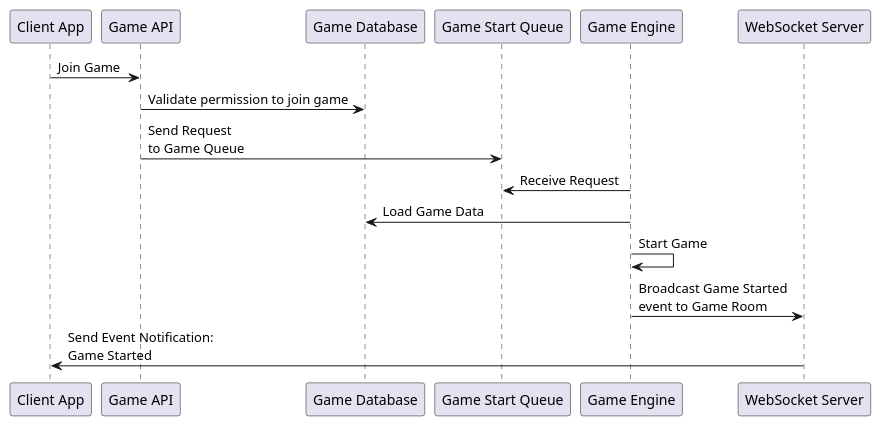
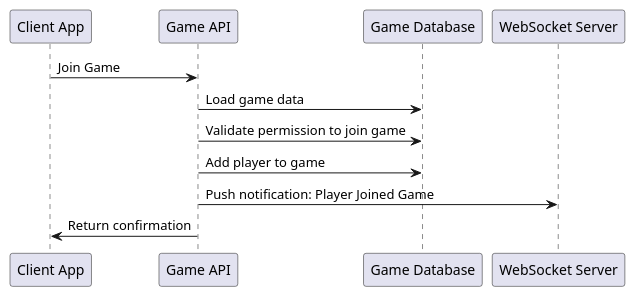
Before and after one commit to keyofdb/poker-game: the diagram in documentation/join-game.wsd, drawn with PlantUML. The commit also changed 2 other files, not shown here.

```diff
--- a/documentation/join-game.wsd
+++ b/documentation/join-game.wsd
@@ -1,16 +1,12 @@
 @startuml
 participant "Client App" as ClientApp
 participant "Game API" as GameAPI
 participant "Game Database" as GameDatabase
-participant "Game Start Queue" as AWSSQS
-participant "Game Engine" as GameEngine
 participant "WebSocket Server" as WebSocketServer
 ClientApp -> GameAPI : Join Game
+GameAPI -> GameDatabase : Load game data
 GameAPI -> GameDatabase : Validate permission to join game
-GameAPI -> AWSSQS : Send Request\nto Game Queue
-GameEngine -> AWSSQS: Receive Request
-GameEngine -> GameDatabase: Load Game Data
-GameEngine -> GameEngine: Start Game
-GameEngine -> WebSocketServer: Broadcast Game Started\nevent to Game Room
-WebSocketServer -> ClientApp : Send Event Notification:\nGame Started
+GameAPI -> GameDatabase : Add player to game
+GameAPI -> WebSocketServer: Push notification: Player Joined Game
+GameAPI -> ClientApp : Return confirmation
 @enduml
```
